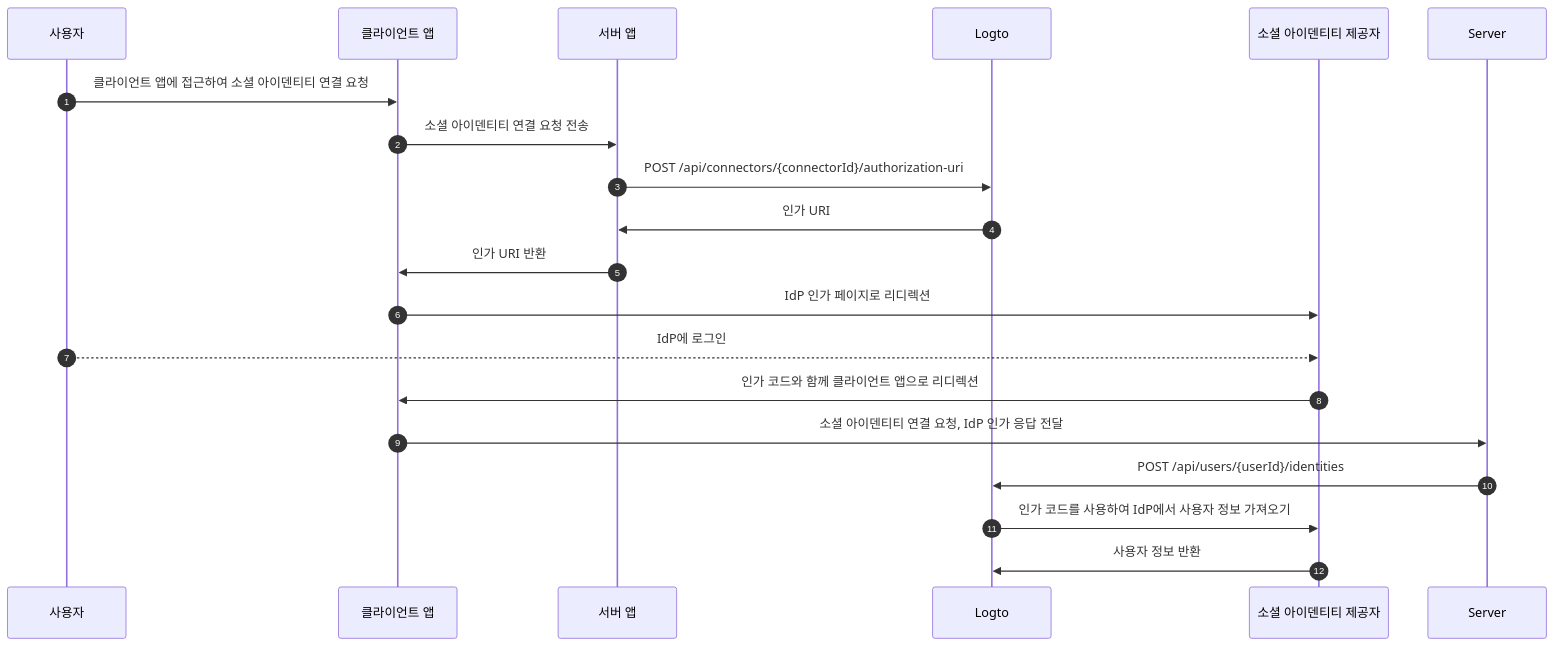
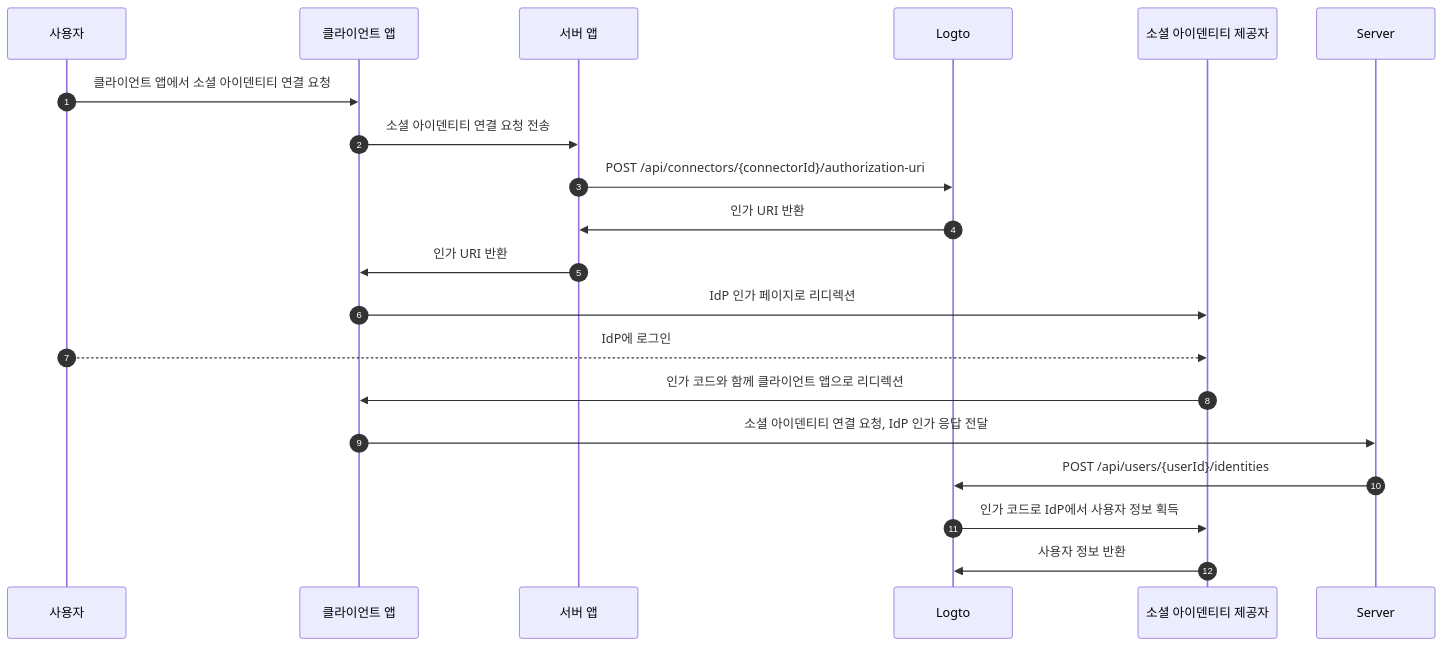
One commit to logto-io/docs changed the third of 3 diagrams in i18n/ko/docusaurus-plugin-content-docs/current/end-user-flows/account-settings/by-management-api.mdx. Above: the diagram before and after it, drawn with Mermaid. The commit also changed other lines of this file and 80 other files, not shown here.

````diff
--- a/i18n/ko/docusaurus-plugin-content-docs/current/end-user-flows/account-settings/by-management-api.mdx
+++ b/i18n/ko/docusaurus-plugin-content-docs/current/end-user-flows/account-settings/by-management-api.mdx
@@ -120,22 +121,22 @@
 ```mermaid
 sequenceDiagram
     autoNumber
     participant User as 사용자
     participant Client as 클라이언트 앱
     participant App as 서버 앱
     participant Logto as Logto
     participant IdP as 소셜 아이덴티티 제공자
 
-    User ->> Client: 클라이언트 앱에 접근하여 소셜 아이덴티티 연결 요청
+    User ->> Client: 클라이언트 앱에서 소셜 아이덴티티 연결 요청
     Client ->> App: 소셜 아이덴티티 연결 요청 전송
     App ->> Logto: POST /api/connectors/{connectorId}/authorization-uri
-    Logto ->> App: 인가 URI
+    Logto ->> App: 인가 URI 반환
     App ->> Client: 인가 URI 반환
     Client ->> IdP: IdP 인가 페이지로 리디렉션
     User -->> IdP: IdP에 로그인
     IdP ->> Client: 인가 코드와 함께 클라이언트 앱으로 리디렉션
     Client ->> Server: 소셜 아이덴티티 연결 요청, IdP 인가 응답 전달
     Server ->> Logto: POST /api/users/{userId}/identities
-    Logto ->> IdP: 인가 코드를 사용하여 IdP에서 사용자 정보 가져오기
+    Logto ->> IdP: 인가 코드로 IdP에서 사용자 정보 획득
     IdP ->> Logto: 사용자 정보 반환
 ```
````
